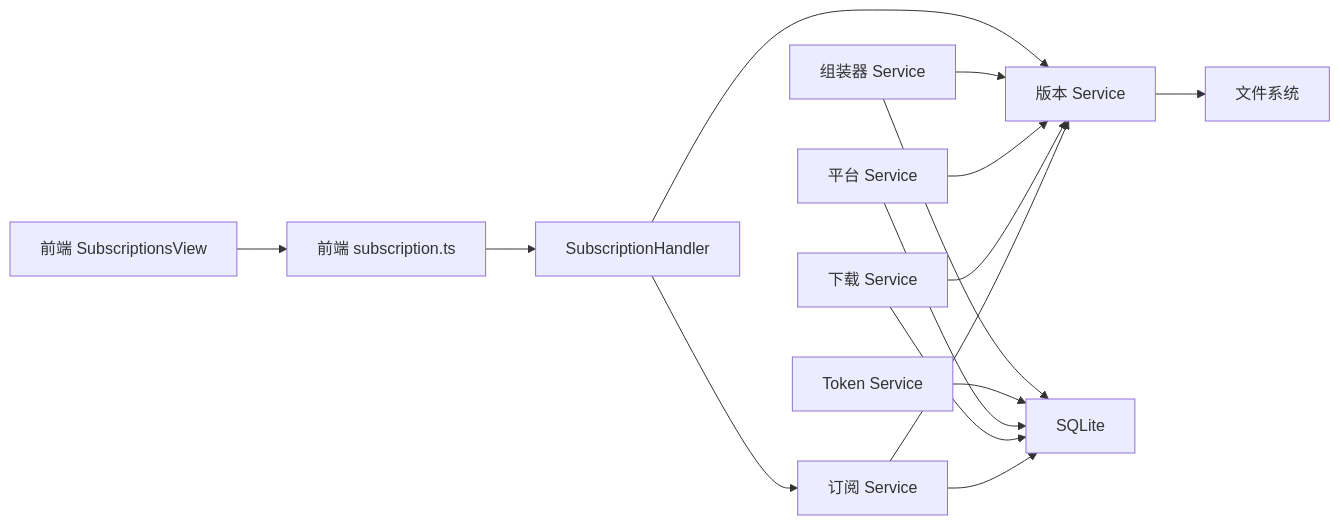
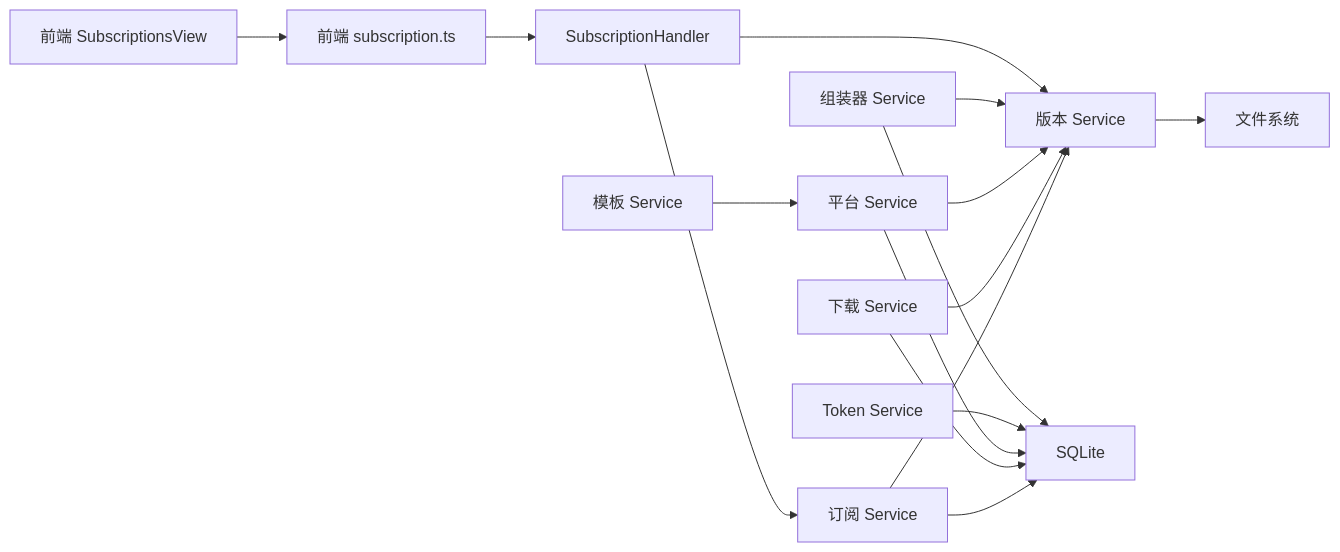
The eighth of 8 diagrams in .qoder/repowiki/zh/content/核心功能模块/订阅管理系统.md (AlcaProphet/VPN-Subscription-Management), drawn with Mermaid before and after one commit. The commit also changed other lines of this file and 6 other files, not shown here.

````diff
--- a/.qoder/repowiki/zh/content/核心功能模块/订阅管理系统.md
+++ b/.qoder/repowiki/zh/content/核心功能模块/订阅管理系统.md
@@ -371,17 +394,18 @@
 ```mermaid
 graph LR
 Sub["订阅 Service"] --> Ver["版本 Service"]
 Sub --> DB["SQLite"]
 Ver --> FS["文件系统"]
 DL["下载 Service"] --> Ver
 DL --> DB
 Plat["平台 Service"] --> Ver
 Plat --> DB
 Tok["Token Service"] --> DB
 Asm["组装器 Service"] --> Ver
 Asm --> DB
+Template["模板 Service"] --> Plat
 FE["前端 SubscriptionsView"] --> API["前端 subscription.ts"]
 API --> Srv["SubscriptionHandler"]
 Srv --> Sub
 Srv --> Ver
 ```
````
